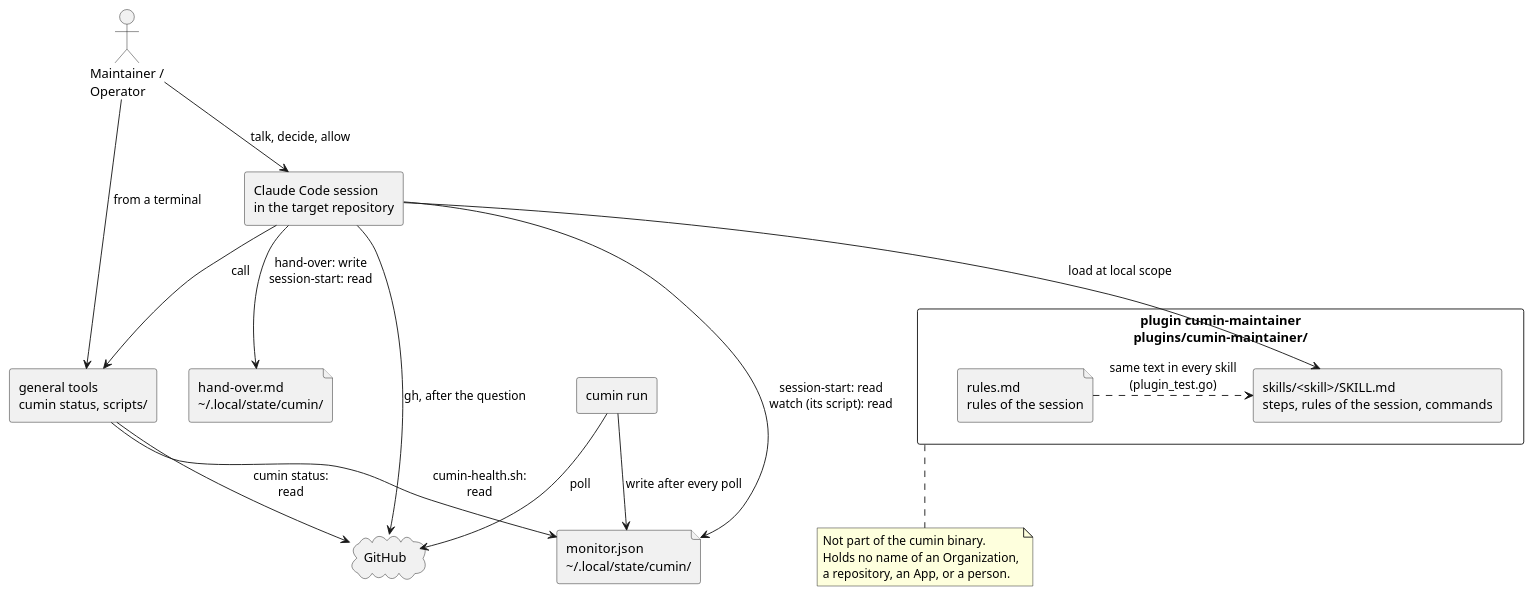
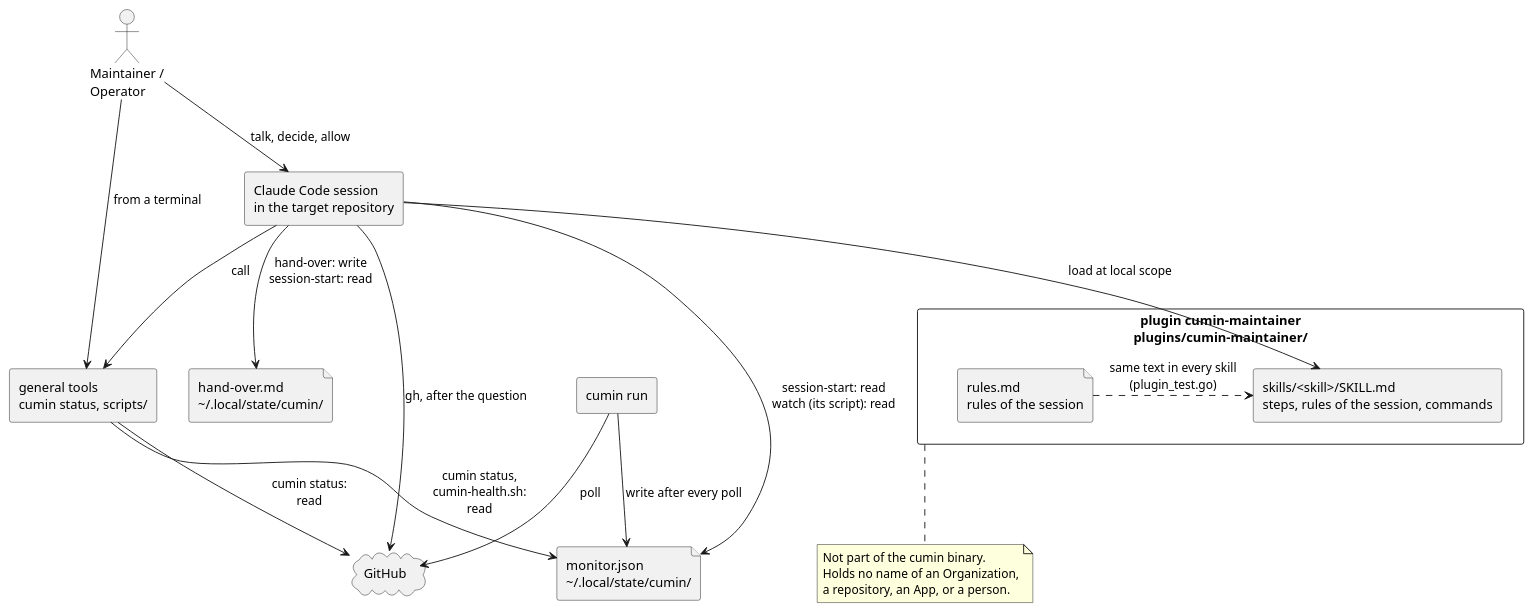
One commit to cloveclovedev/cumin-works changed the diagram in docs/ja/guides/maintainer-skills.puml. Above: the diagram before and after it, drawn with PlantUML. The commit also changed 9 other files, not shown here.

```diff
--- a/docs/ja/guides/maintainer-skills.puml
+++ b/docs/ja/guides/maintainer-skills.puml
@@ -1,39 +1,39 @@
 @startuml maintainer-skills
 ' cumin works - the plugin of the Maintainer session: the session loads the skills, the skills call the general tools.
 ' Document: maintainer-skills.md, topic on what the plugin is.
 ' Render: run scripts/render-diagrams.sh at the root of the repository.
 skinparam shadowing false
 skinparam defaultFontName sans-serif
 
 actor "Maintainer /\nOperator" as person
 cloud "GitHub" as github
 
 rectangle "Claude Code session\nin the target repository" as session
 rectangle "plugin cumin-maintainer\nplugins/cumin-maintainer/" as plugin {
   file "rules.md\nrules of the session" as rules
   rectangle "skills/<skill>/SKILL.md\nsteps, rules of the session, commands" as skills
 }
 rectangle "general tools\ncumin status, scripts/" as tools
 file "monitor.json\n&#126;/.local/state/cumin/" as monitor
 file "hand-over.md\n&#126;/.local/state/cumin/" as note
 rectangle "cumin run" as run
 
 person --> session : talk, decide, allow
 person --> tools : from a terminal
 session --> skills : load at local scope
 rules .right.> skills : same text in every skill\n(plugin_test.go)
 session --> tools : call
 session --> github : gh, after the question
 session --> monitor : session-start: read\nwatch (its script): read
 session --> note : hand-over: write\nsession-start: read
 tools --> github : cumin status:\nread
-tools --> monitor : cumin-health.sh:\nread
+tools --> monitor : cumin status,\ncumin-health.sh:\nread
 run --> monitor : write after every poll
 run -right-> github : poll
 
 note bottom of plugin
   Not part of the cumin binary.
   Holds no name of an Organization,
   a repository, an App, or a person.
 end note
 @enduml
```
